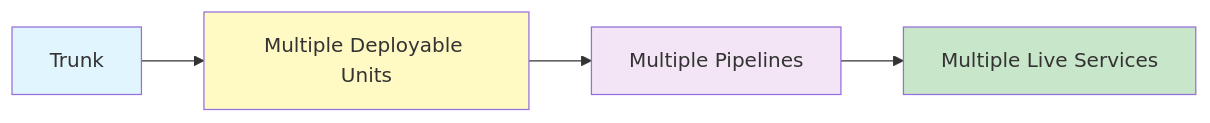
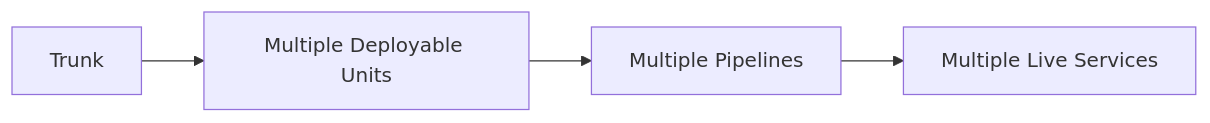
The second of 3 diagrams in docs/explanation/continuous-delivery/core-concepts/unit-of-flow.md (ready-to-release/eac), drawn with Mermaid before and after one commit. The commit also changed other lines of this file and 28 other files, not shown here.

````diff
--- a/docs/explanation/continuous-delivery/core-concepts/unit-of-flow.md
+++ b/docs/explanation/continuous-delivery/core-concepts/unit-of-flow.md
@@ -304,10 +300,6 @@
 ```mermaid
 flowchart LR
     TR[Trunk] --> DU[Multiple Deployable Units]
     DU --> PP[Multiple Pipelines]
     PP --> LS[Multiple Live Services]
-    style TR fill:#e1f5fe
-    style DU fill:#fff9c4
-    style PP fill:#f3e5f5
-    style LS fill:#c8e6c9
 ```
````
